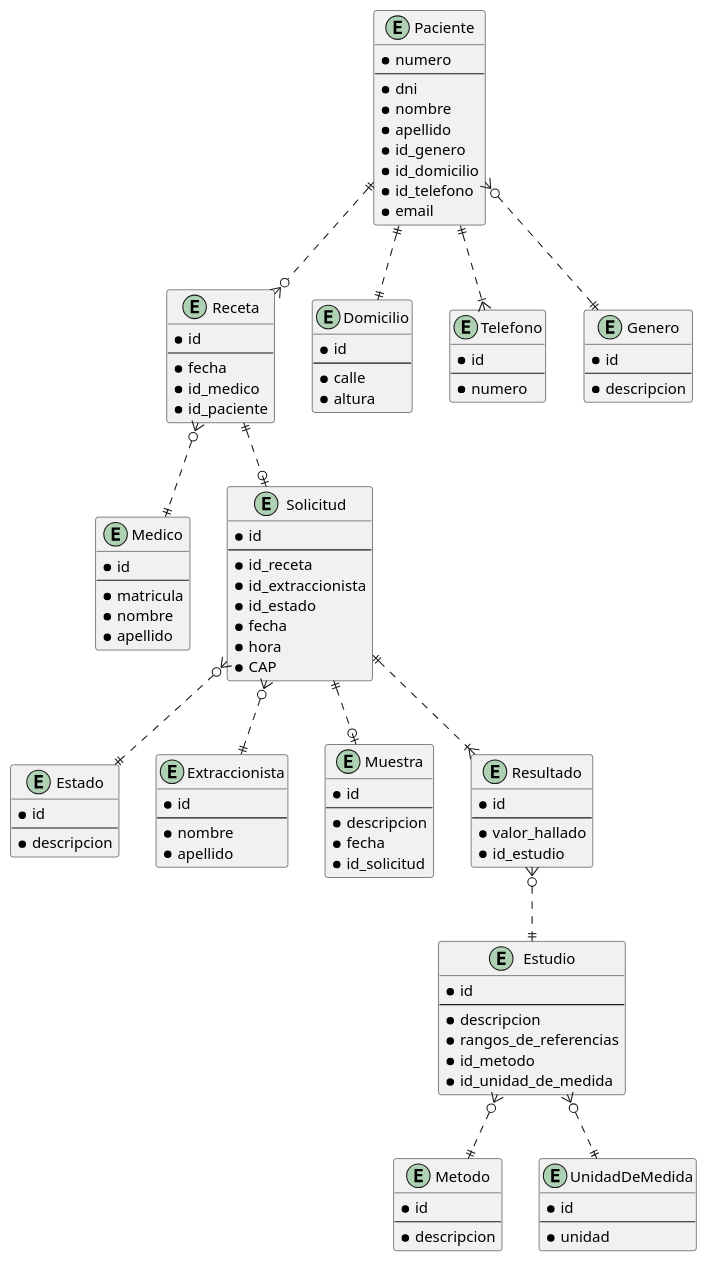
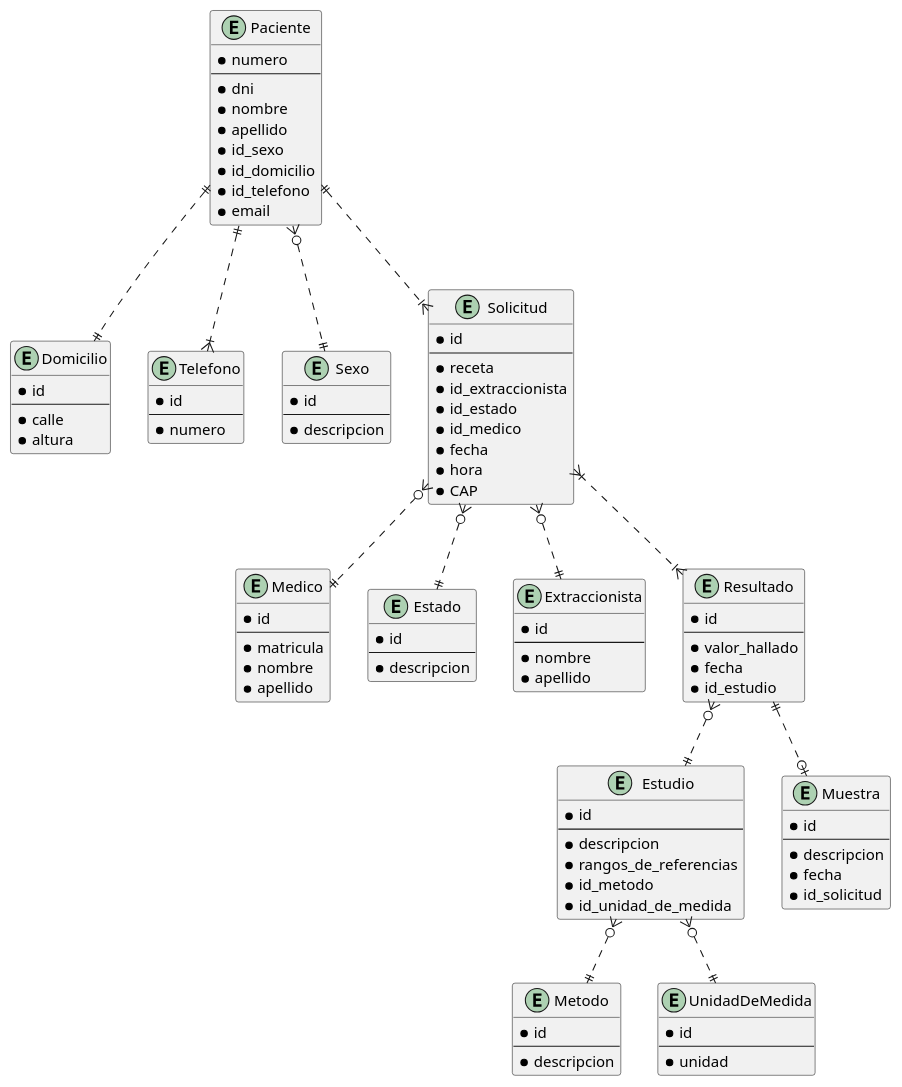
Before and after one commit to MateMar04/Biomedica: the diagram in Diagrams/BIOMEDICA.wsd, drawn with PlantUML. The commit also changed 1 other file, not shown here.

Commit message:
finished diagram and modified .gitignore

```diff
--- a/Diagrams/BIOMEDICA.wsd
+++ b/Diagrams/BIOMEDICA.wsd
@@ -1,122 +1,116 @@
 @startuml BIOMEDICA
 entity Medico {
     * id
     --
     * matricula
     * nombre
     * apellido
-}
-entity Receta {
-    * id
-    --
-    * fecha
-    * id_medico
-    * id_paciente
 }
 
 entity Domicilio {
     * id
     --
     * calle
     * altura
 }
 
 entity Telefono {
     * id
     --
     * numero
 }
 
-entity Genero {
+entity Sexo {
     * id
     --
     * descripcion
 }
 
 entity Paciente {
     * numero
     --
     * dni
     * nombre
     * apellido
-    * id_genero
+    * id_sexo
     * id_domicilio
     * id_telefono
     * email
 }
 
 entity Estado {
     * id
     --
     * descripcion
 }
 
 entity Estudio {
     * id
     --
     * descripcion
     * rangos_de_referencias
     * id_metodo
     * id_unidad_de_medida
 }
 
 entity Solicitud {
     * id
     --
-    * id_receta
+    * receta
     * id_extraccionista
     * id_estado
+    * id_medico
     * fecha
     * hora
     * CAP
 }
 
 entity Extraccionista {
     * id
     --
     * nombre
     * apellido
 }
 
 entity Muestra {
     * id
     --
     * descripcion
     * fecha
     * id_solicitud
 }
 
 entity Metodo {
     * id
     --
     * descripcion
 }
 
 entity Resultado {
     * id
     --
     * valor_hallado
+    * fecha
     * id_estudio
 }
 
 entity UnidadDeMedida {
     * id
     --
     * unidad
 }
 
 Paciente ||..|| Domicilio
 Paciente ||..|{ Telefono
-Paciente ||..o{ Receta
-Paciente }o..|| Genero
-Receta }o..|| Medico
-Receta ||..o| Solicitud
+Paciente }o..|| Sexo
+Paciente ||..|{ Solicitud
+Solicitud }o..|| Medico
 Solicitud }o..|| Estado
-Solicitud ||..o| Muestra
+Resultado ||..o| Muestra
 Solicitud }o..|| Extraccionista
 Estudio }o..|| Metodo
-Solicitud ||..|{ Resultado
+Solicitud }|..|{ Resultado
 Estudio }o..|| UnidadDeMedida
 Resultado }o..|| Estudio
 
 @enduml
```
